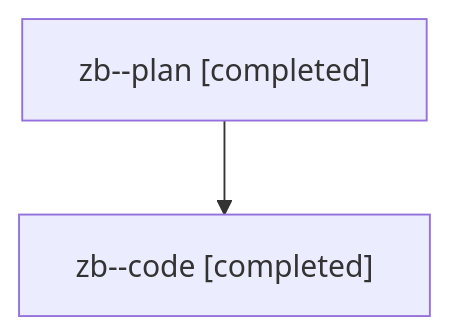
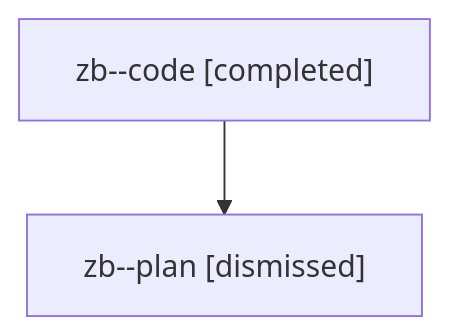
The diagram in families/bbugyi200.athena.zb.md (bobs-org/bob-cli--agents), drawn with Mermaid before and after one commit. The commit also changed other lines of this file and 21 other files, not shown here.

````diff
--- a/families/bbugyi200.athena.zb.md
+++ b/families/bbugyi200.athena.zb.md
@@ -9,6 +9,6 @@
 ```mermaid
 flowchart TD
-  n0["zb--plan [completed]"]
-  n1["zb--code [completed]"]
+  n0["zb--code [completed]"]
+  n1["zb--plan [dismissed]"]
   n0 --> n1
 ```
````
